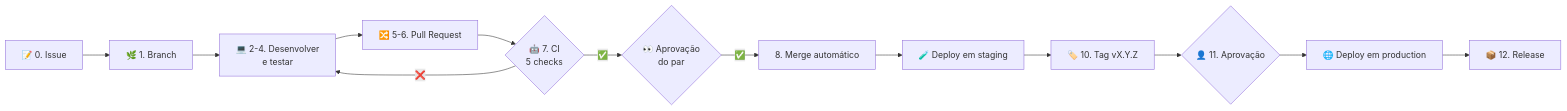
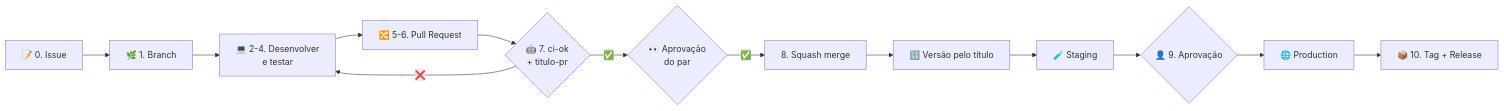
One commit to GChandrone/pdc-plataforma-dados-comercial changed the diagram in docs/guia-desenvolvimento.md. Above: the diagram before and after it, drawn with Mermaid. The commit also changed other lines of this file and 19 other files, not shown here.

````diff
--- a/docs/guia-desenvolvimento.md
+++ b/docs/guia-desenvolvimento.md
@@ -13,8 +13,8 @@
 ```mermaid
 flowchart LR
     I["📝 0. Issue"] --> B["🌿 1. Branch"] --> D["💻 2-4. Desenvolver<br/>e testar"] --> P["🔀 5-6. Pull Request"]
-    P --> CI{"🤖 7. CI<br/>5 checks"}
+    P --> CI{"🤖 7. ci-ok<br/>+ titulo-pr"}
     CI -- "❌" --> D
-    CI -- "✅" --> RV{"👀 Aprovação<br/>do par"} -- "✅" --> M["8. Merge automático"] --> S["🧪 Deploy em staging"]
-    S --> T["🏷️ 10. Tag vX.Y.Z"] --> A{"👤 11. Aprovação"} --> PR["🌐 Deploy em production"] --> R["📦 12. Release"]
+    CI -- "✅" --> RV{"👀 Aprovação<br/>do par"} -- "✅" --> M["8. Squash merge"] --> V["🔢 Versão pelo título"]
+    V --> S["🧪 Staging"] --> A{"👤 9. Aprovação"} --> PR["🌐 Production"] --> R["📦 10. Tag + Release"]
 ```
````
